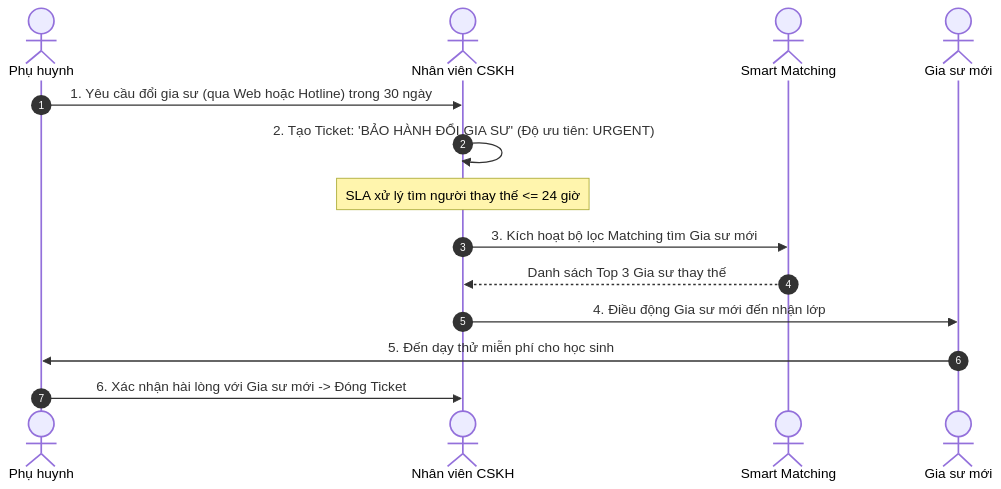
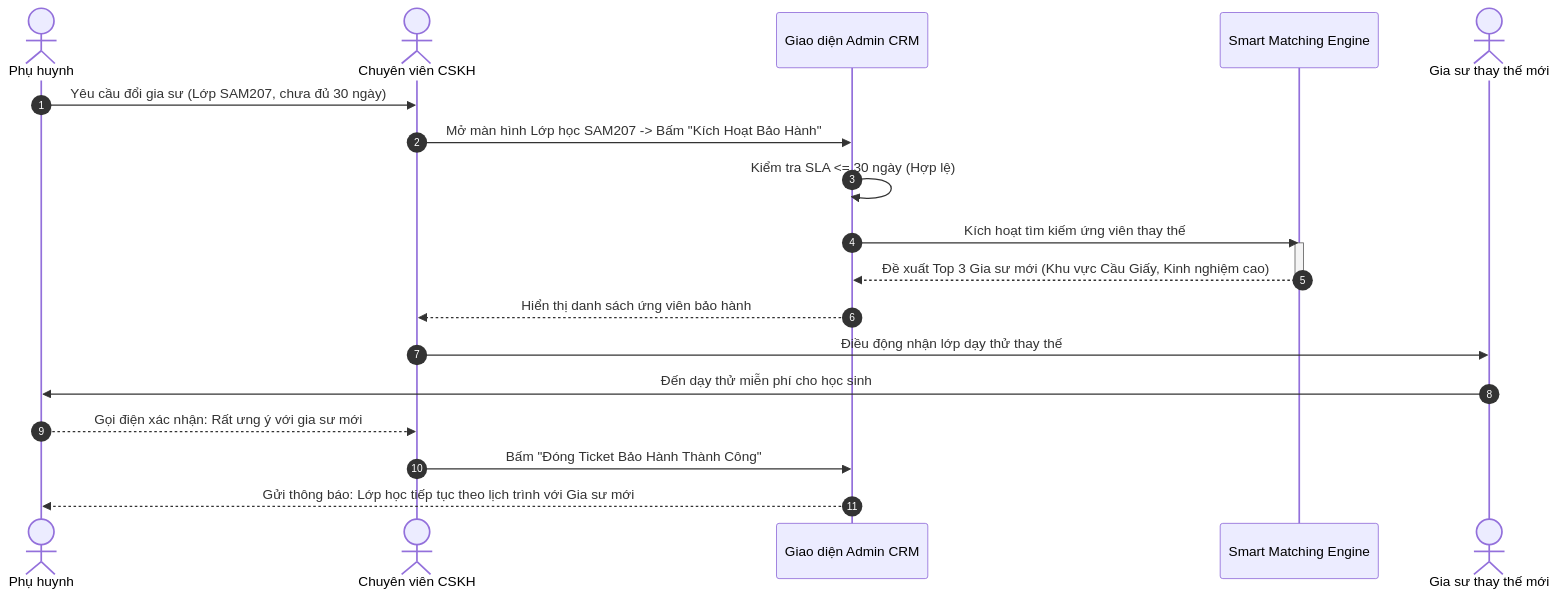
The third of 3 diagrams in docs/nghiep-vu/3-admin-crm/06-BaoHanhCSKHVaBaoCaoKPI.md (dung-0109/DATN_CRM_GIA_SU), drawn with Mermaid before and after one commit. The commit also changed other lines of this file and 22 other files, not shown here.

Commit message:
docs: upgrade business specifications for Client Portal, Tutor Portal and Admin CRM to enterprise use case standard

````diff
--- a/docs/nghiep-vu/3-admin-crm/06-BaoHanhCSKHVaBaoCaoKPI.md
+++ b/docs/nghiep-vu/3-admin-crm/06-BaoHanhCSKHVaBaoCaoKPI.md
@@ -13,17 +168,24 @@
 ```mermaid
 sequenceDiagram
     autonumber
-    actor PH as Phụ huynh
-    actor CS as Nhân viên CSKH
-    actor MTC as Smart Matching
-    actor GS2 as Gia sư mới
+    actor Parent as Phụ huynh
+    actor CSKH as Chuyên viên CSKH
+    participant UI as Giao diện Admin CRM
+    participant Matching as Smart Matching Engine
+    actor TutorNew as Gia sư thay thế mới
 
-    PH->>CS: 1. Yêu cầu đổi gia sư (qua Web hoặc Hotline) trong 30 ngày
-    CS->>CS: 2. Tạo Ticket: 'BẢO HÀNH ĐỔI GIA SƯ' (Độ ưu tiên: URGENT)
-    Note over CS: SLA xử lý tìm người thay thế <= 24 giờ
-    CS->>MTC: 3. Kích hoạt bộ lọc Matching tìm Gia sư mới
-    MTC-->>CS: Danh sách Top 3 Gia sư thay thế
-    CS->>GS2: 4. Điều động Gia sư mới đến nhận lớp
-    GS2->>PH: 5. Đến dạy thử miễn phí cho học sinh
-    PH->>CS: 6. Xác nhận hài lòng với Gia sư mới -> Đóng Ticket
+    Parent->>CSKH: Yêu cầu đổi gia sư (Lớp SAM207, chưa đủ 30 ngày)
+    CSKH->>UI: Mở màn hình Lớp học SAM207 -> Bấm "Kích Hoạt Bảo Hành"
+    UI->>UI: Kiểm tra SLA <= 30 ngày (Hợp lệ)
+    UI->>Matching: Kích hoạt tìm kiếm ứng viên thay thế
+    activate Matching
+    Matching-->>UI: Đề xuất Top 3 Gia sư mới (Khu vực Cầu Giấy, Kinh nghiệm cao)
+    deactivate Matching
+
+    UI-->>CSKH: Hiển thị danh sách ứng viên bảo hành
+    CSKH->>TutorNew: Điều động nhận lớp dạy thử thay thế
+    TutorNew->>Parent: Đến dạy thử miễn phí cho học sinh
+    Parent-->>CSKH: Gọi điện xác nhận: Rất ưng ý với gia sư mới
+    CSKH->>UI: Bấm "Đóng Ticket Bảo Hành Thành Công"
+    UI-->>Parent: Gửi thông báo: Lớp học tiếp tục theo lịch trình với Gia sư mới
 ```
````
